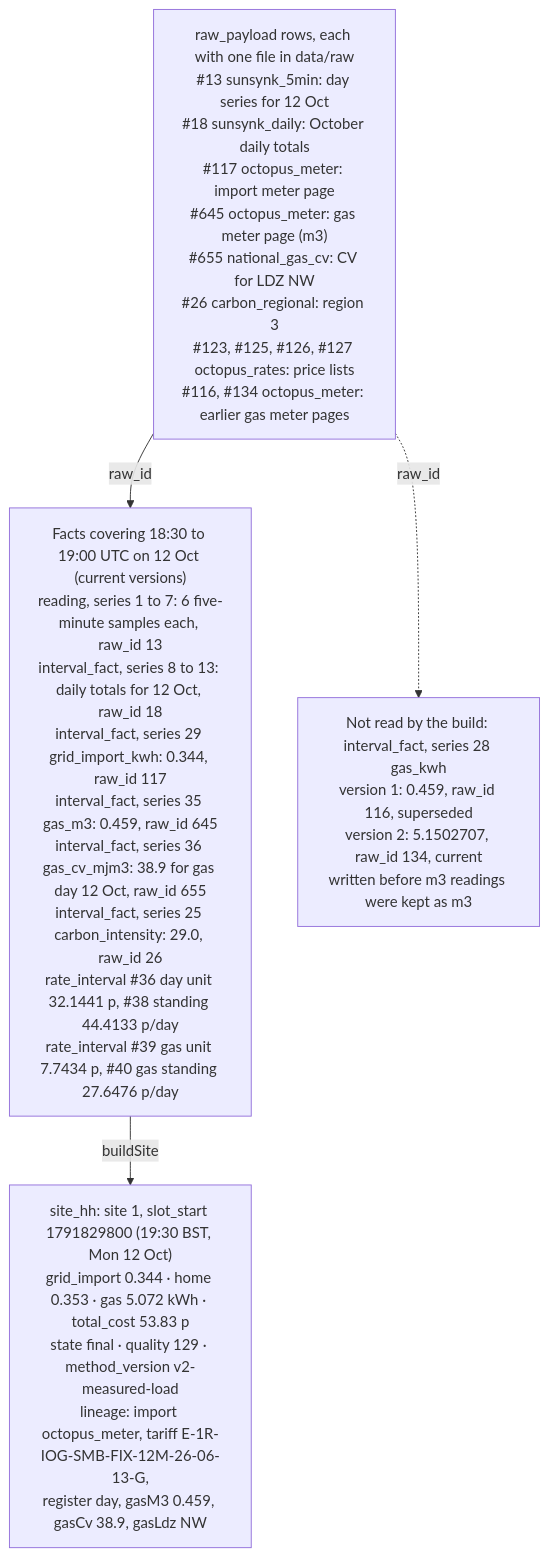
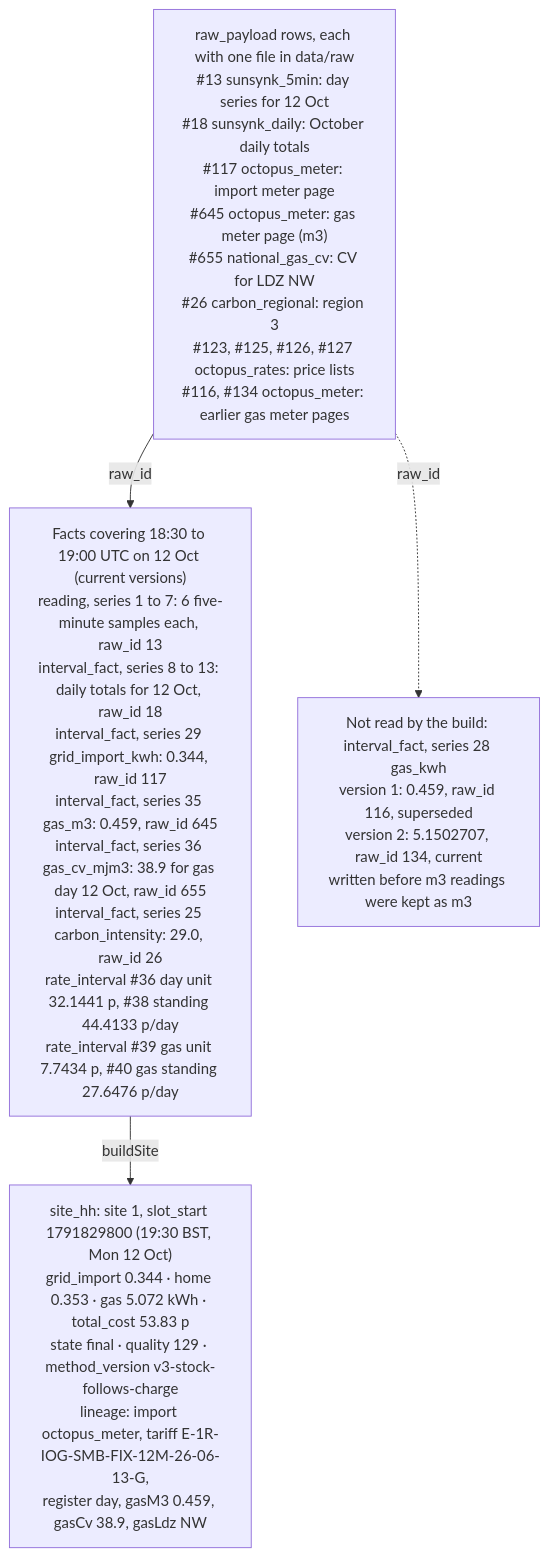
One commit to sshahriazz/energiebee-core-prototype changed the eighth of 8 diagrams in docs/database.md. Above: the diagram before and after it, drawn with Mermaid. The commit also changed other lines of this file and 18 other files, not shown here.

First line of the commit message:
feat: enhance energy flow calculations and UI details

````diff
--- a/docs/database.md
+++ b/docs/database.md
@@ -821,10 +821,10 @@
 ```mermaid
 flowchart TB
   RAW["raw_payload rows, each with one file in data/raw<br/>#13 sunsynk_5min: day series for 12 Oct<br/>#18 sunsynk_daily: October daily totals<br/>#117 octopus_meter: import meter page<br/>#645 octopus_meter: gas meter page (m3)<br/>#655 national_gas_cv: CV for LDZ NW<br/>#26 carbon_regional: region 3<br/>#123, #125, #126, #127 octopus_rates: price lists<br/>#116, #134 octopus_meter: earlier gas meter pages"]
   FACTS["Facts covering 18:30 to 19:00 UTC on 12 Oct (current versions)<br/>reading, series 1 to 7: 6 five-minute samples each, raw_id 13<br/>interval_fact, series 8 to 13: daily totals for 12 Oct, raw_id 18<br/>interval_fact, series 29 grid_import_kwh: 0.344, raw_id 117<br/>interval_fact, series 35 gas_m3: 0.459, raw_id 645<br/>interval_fact, series 36 gas_cv_mjm3: 38.9 for gas day 12 Oct, raw_id 655<br/>interval_fact, series 25 carbon_intensity: 29.0, raw_id 26<br/>rate_interval #36 day unit 32.1441 p, #38 standing 44.4133 p/day<br/>rate_interval #39 gas unit 7.7434 p, #40 gas standing 27.6476 p/day"]
   OLD["Not read by the build: interval_fact, series 28 gas_kwh<br/>version 1: 0.459, raw_id 116, superseded<br/>version 2: 5.1502707, raw_id 134, current<br/>written before m3 readings were kept as m3"]
-  HH["site_hh: site 1, slot_start 1791829800 (19:30 BST, Mon 12 Oct)<br/>grid_import 0.344 · home 0.353 · gas 5.072 kWh · total_cost 53.83 p<br/>state final · quality 129 · method_version v2-measured-load<br/>lineage: import octopus_meter, tariff E-1R-IOG-SMB-FIX-12M-26-06-13-G,<br/>register day, gasM3 0.459, gasCv 38.9, gasLdz NW"]
+  HH["site_hh: site 1, slot_start 1791829800 (19:30 BST, Mon 12 Oct)<br/>grid_import 0.344 · home 0.353 · gas 5.072 kWh · total_cost 53.83 p<br/>state final · quality 129 · method_version v3-stock-follows-charge<br/>lineage: import octopus_meter, tariff E-1R-IOG-SMB-FIX-12M-26-06-13-G,<br/>register day, gasM3 0.459, gasCv 38.9, gasLdz NW"]
   RAW -- "raw_id" --> FACTS
   FACTS -- "buildSite" --> HH
   RAW -. "raw_id" .-> OLD
 ```
````
